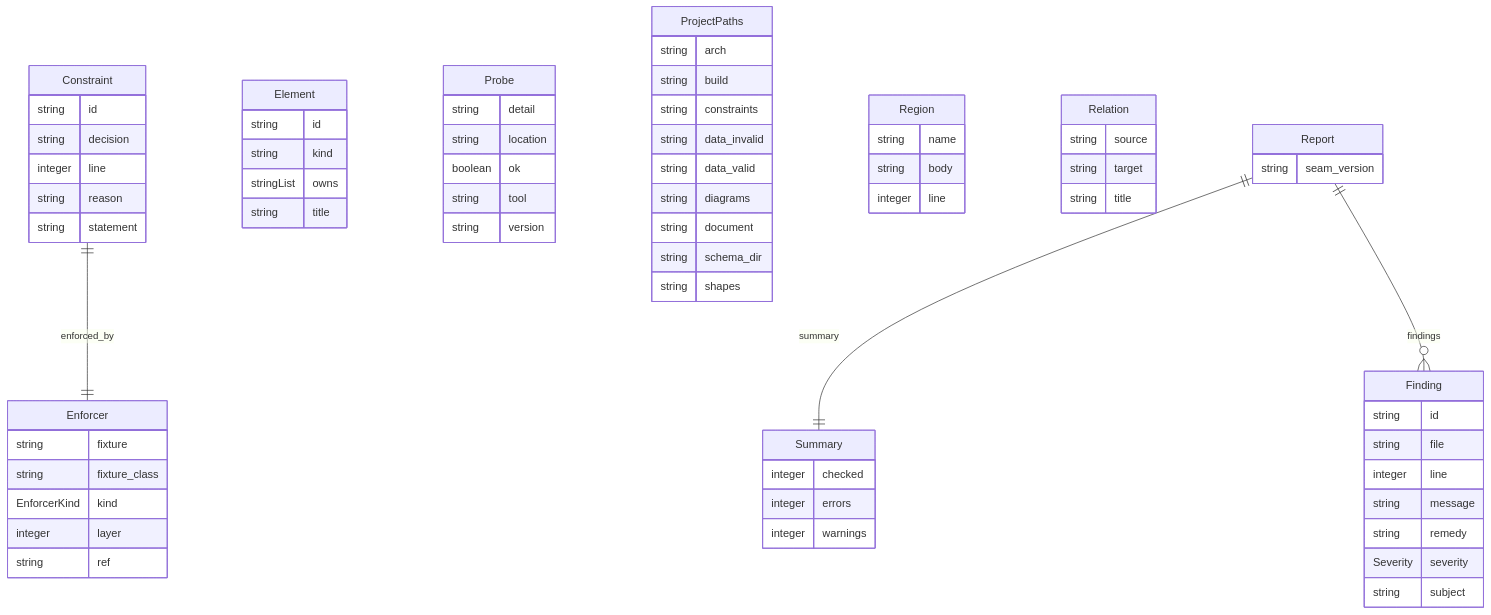
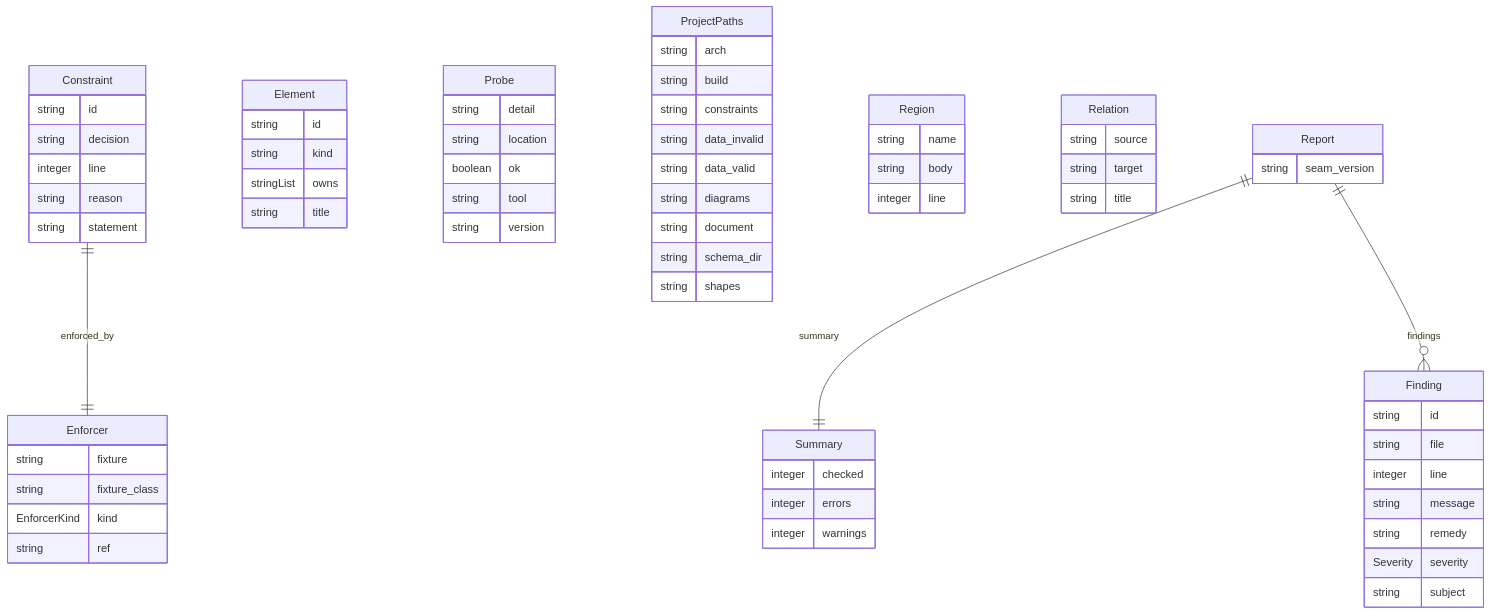
Before and after one commit to dsummersl/slarti: the third of 3 diagrams in docs/architecture.md, drawn with Mermaid. The commit also changed 10 other files, not shown here.

````diff
--- a/docs/architecture.md
+++ b/docs/architecture.md
@@ -231,72 +231,71 @@
 ```mermaid
 erDiagram
 Constraint {
     string id  
     string decision  
     integer line  
     string reason  
     string statement  
 }
 Element {
     string id  
     string kind  
     stringList owns  
     string title  
 }
 Enforcer {
     string fixture  
     string fixture_class  
     EnforcerKind kind  
-    integer layer  
     string ref  
 }
 Finding {
     string id  
     string file  
     integer line  
     string message  
     string remedy  
     Severity severity  
     string subject  
 }
 Probe {
     string detail  
     string location  
     boolean ok  
     string tool  
     string version  
 }
 ProjectPaths {
     string arch  
     string build  
     string constraints  
     string data_invalid  
     string data_valid  
     string diagrams  
     string document  
     string schema_dir  
     string shapes  
 }
 Region {
     string name  
     string body  
     integer line  
 }
 Relation {
     string source  
     string target  
     string title  
 }
 Report {
     string seam_version  
 }
 Summary {
     integer checked  
     integer errors  
     integer warnings  
 }
 
 Constraint ||--|| Enforcer : "enforced_by"
 Report ||--|| Summary : "summary"
 Report ||--}o Finding : "findings"
 ```
````
